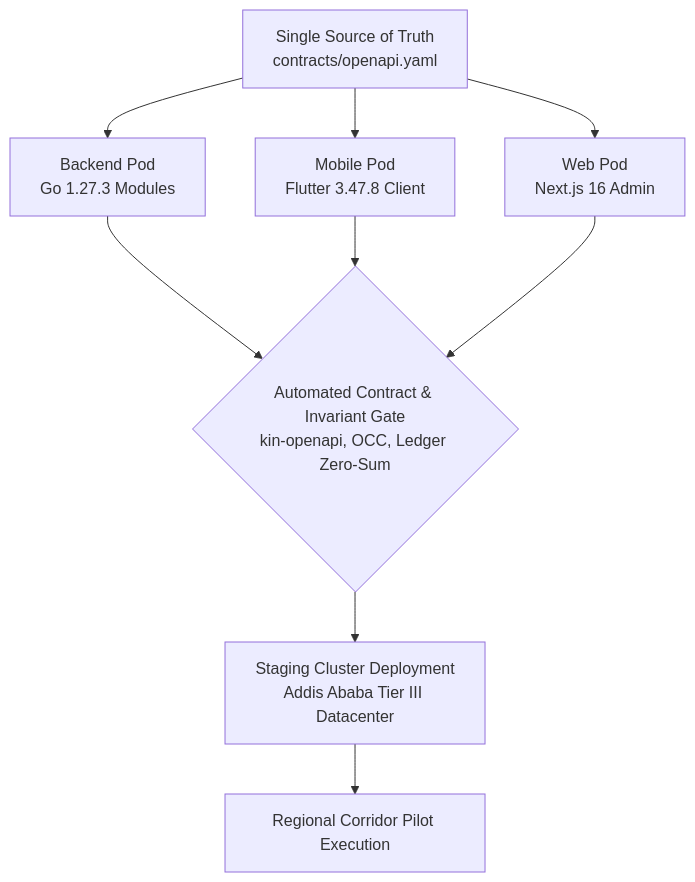
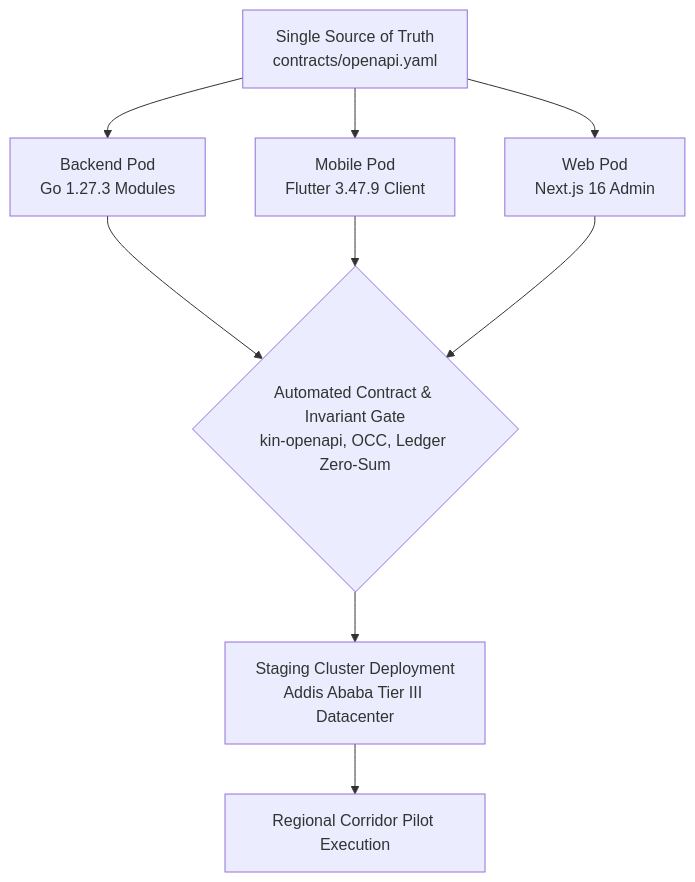
Before and after one commit to YDink/Heavy-Machinery-Logistics-Rental: the first of 5 diagrams in docs/shared/architecture/13-implementation-roadmap.md, drawn with Mermaid. The commit also changed other lines of this file and 183 other files, not shown here.

````diff
--- a/docs/shared/architecture/13-implementation-roadmap.md
+++ b/docs/shared/architecture/13-implementation-roadmap.md
@@ -62,13 +62,13 @@
 ```mermaid
 flowchart TD
     Contract["Single Source of Truth<br/>contracts/openapi.yaml"] --> BackendPod["Backend Pod<br/>Go 1.27.3 Modules"]
-    Contract --> MobilePod["Mobile Pod<br/>Flutter 3.47.8 Client"]
+    Contract --> MobilePod["Mobile Pod<br/>Flutter 3.47.9 Client"]
     Contract --> WebPod["Web Pod<br/>Next.js 16 Admin"]
 
     BackendPod --> IntegrationGate{"Automated Contract & Invariant Gate<br/>kin-openapi, OCC, Ledger Zero-Sum"}
     MobilePod --> IntegrationGate
     WebPod --> IntegrationGate
 
     IntegrationGate --> StagingDeploy["Staging Cluster Deployment<br/>Addis Ababa Tier III Datacenter"]
     StagingDeploy --> PilotLaunch["Regional Corridor Pilot Execution"]
 ```
````
